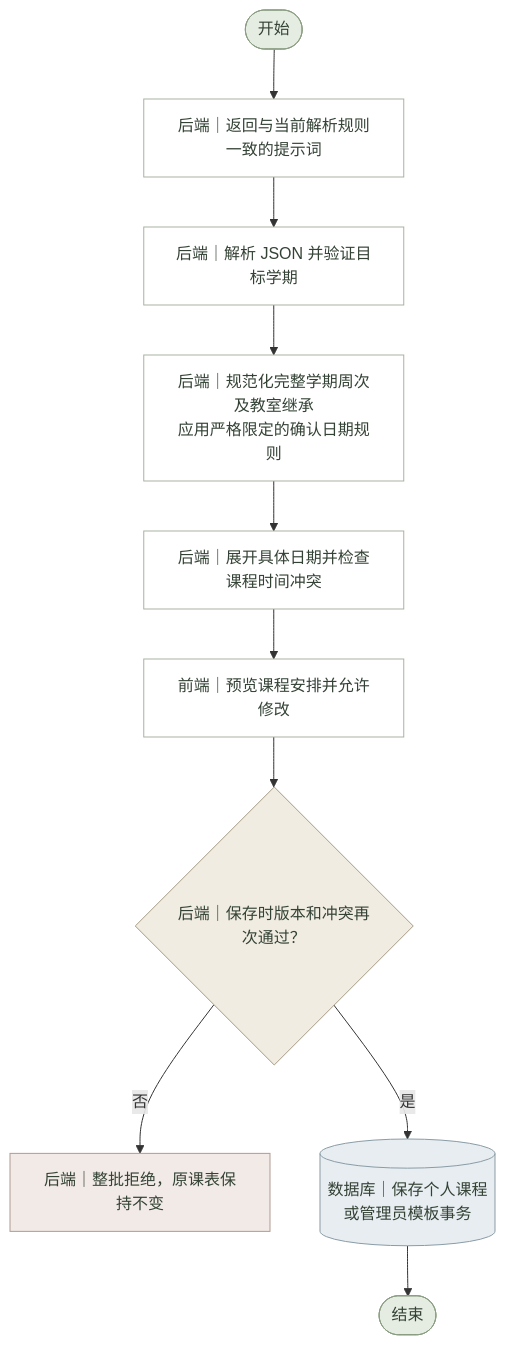
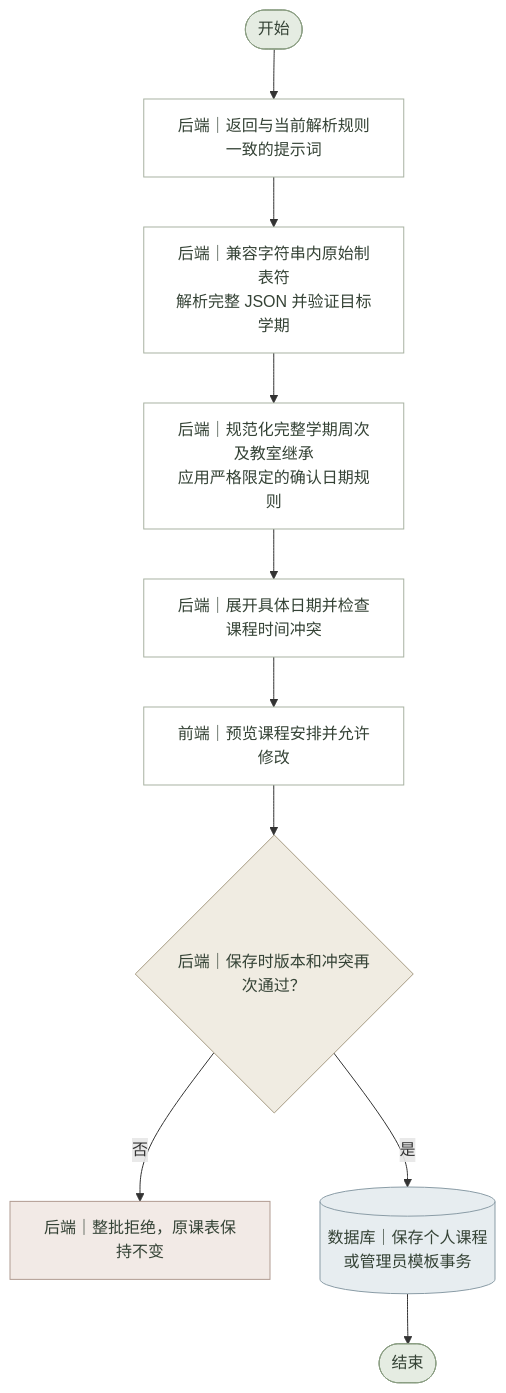
Before and after one commit to lichen-lc123/class-assistant: the diagram in 需求文档/课表功能/流程图源文件/系统流程图/外部AI内容导入.mmd, drawn with Mermaid. The commit also changed 42 other files, not shown here.

```diff
--- a/需求文档/课表功能/流程图源文件/系统流程图/外部AI内容导入.mmd
+++ b/需求文档/课表功能/流程图源文件/系统流程图/外部AI内容导入.mmd
@@ -1,36 +1,36 @@
 %% 外部AI内容导入 · 系统流程图 · 当前版 · 2026-11-09
 flowchart TD
     N0(["开始"])
     N1["后端｜返回与当前解析规则一致的提示词"]
-    N2["后端｜解析 JSON 并验证目标学期"]
+    N2["后端｜兼容字符串内原始制表符<br/>解析完整 JSON 并验证目标学期"]
     N3["后端｜规范化完整学期周次及教室继承<br/>应用严格限定的确认日期规则"]
     N4["后端｜展开具体日期并检查课程时间冲突"]
     N5["前端｜预览课程安排并允许修改"]
     N6{"后端｜保存时版本和冲突再次通过？"}
     B6["后端｜整批拒绝，原课表保持不变"]
     N7[("数据库｜保存个人课程<br/>或管理员模板事务")]
     N8(["结束"])
     N0 --> N1
     N1 --> N2
     N2 --> N3
     N3 --> N4
     N4 --> N5
     N5 --> N6
     N6 -->|否| B6
     N6 -->|是| N7
     N7 --> N8
     classDef normal fill:#FFFFFF,stroke:#A8B2A2,color:#344235;
     classDef decision fill:#F0ECE2,stroke:#A69B83,color:#344235;
     classDef terminal fill:#E5ECE2,stroke:#8A9D82,color:#344235;
     classDef exception fill:#F2EAE6,stroke:#B09B91,color:#344235;
     classDef database fill:#E7EDF0,stroke:#8A9CA6,color:#344235;
     class N0 terminal;
     class N1 normal;
     class N2 normal;
     class N3 normal;
     class N4 normal;
     class N5 normal;
     class N6 decision;
     class B6 exception;
     class N7 database;
     class N8 terminal;
```
